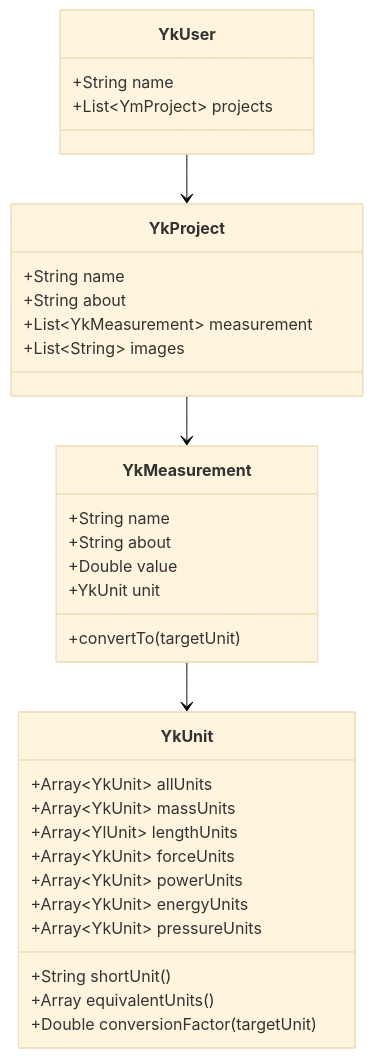
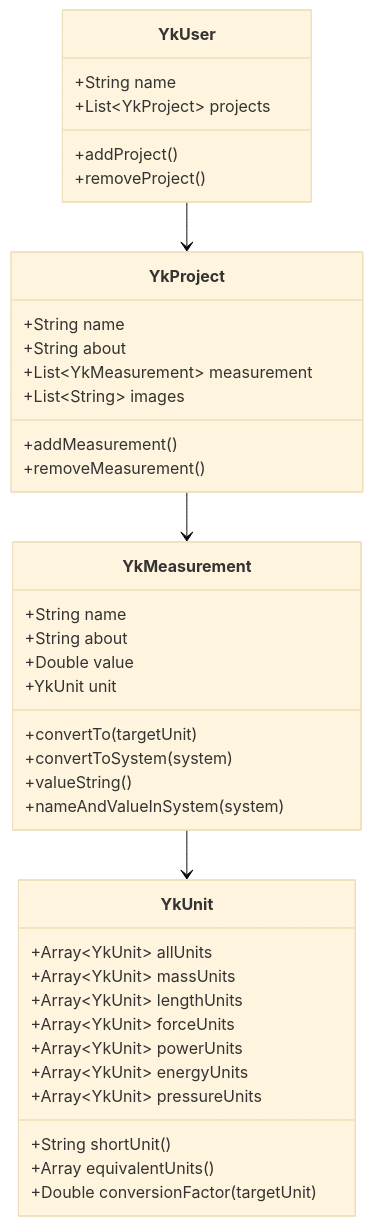
Before and after one commit to radcli14/youkon: the diagram in README.md, drawn with Mermaid (base theme). The commit also changed other lines of this file, not shown here.

Commit message:
eliminated HTML encoding in the quick convert graphic, and added content to the diagram

````diff
--- a/README.md
+++ b/README.md
@@ -34,35 +34,42 @@
 ```mermaid
 classDiagram
 YkUser --> YkProject
 YkProject --> YkMeasurement
 YkMeasurement --> YkUnit
 class YkUser {
 +String name
-+List~YmProject~ projects
++List~YkProject~ projects
++addProject()
++removeProject()
 }
 class YkProject {
 +String name
 +String about
 +List~YkMeasurement~ measurement
 +List~String~ images
++addMeasurement()
++removeMeasurement()
 }
 class YkMeasurement {
 +String name
 +String about
 +Double value
 +YkUnit unit
 +convertTo(targetUnit)
++convertToSystem(system)
++valueString()
++nameAndValueInSystem(system)
 }
 class YkUnit {
 +Array~YkUnit~ allUnits
 +Array~YkUnit~ massUnits
-+Array~YlUnit~ lengthUnits
++Array~YkUnit~ lengthUnits
 +Array~YkUnit~ forceUnits
 +Array~YkUnit~ powerUnits
 +Array~YkUnit~ energyUnits
 +Array~YkUnit~ pressureUnits
 +String shortUnit()
 +Array<YkUnit> equivalentUnits()
 +Double conversionFactor(targetUnit)
 }
 ```
````
